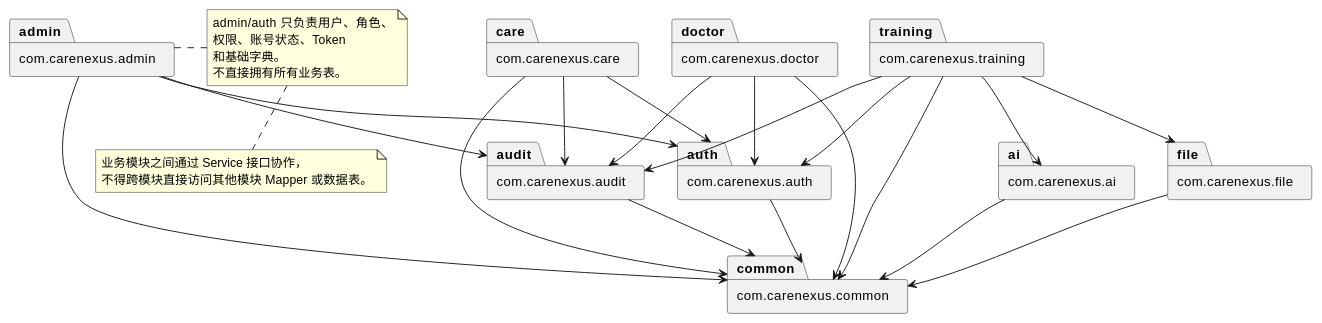
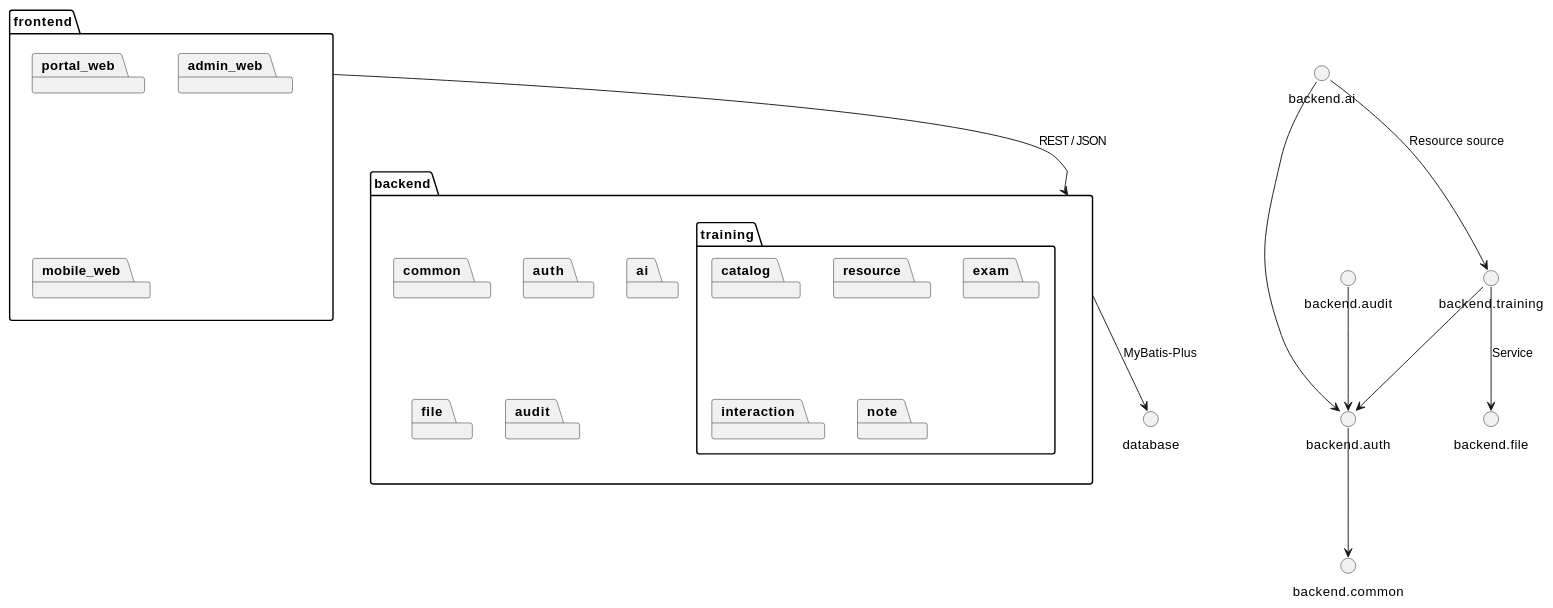
Before and after one commit to thesantaana/Care-Nexus: the second of 11 diagrams in docs/design/系统分析与设计模型.md, drawn with PlantUML. The commit also changed other lines of this file, not shown here.

````diff
--- a/docs/design/系统分析与设计模型.md
+++ b/docs/design/系统分析与设计模型.md
@@ -15,48 +22,33 @@
 ```plantuml
 @startuml
-skinparam packageStyle rectangle
+package frontend {
+  package portal_web
+  package admin_web
+  package mobile_web
+}
 
-package "com.carenexus.common" as common
-package "com.carenexus.auth" as auth
-package "com.carenexus.admin" as admin
-package "com.carenexus.training" as training
-package "com.carenexus.care" as care
-package "com.carenexus.doctor" as doctor
-package "com.carenexus.ai" as ai
-package "com.carenexus.file" as file
-package "com.carenexus.audit" as audit
+package backend {
+  package common
+  package auth
+  package training {
+    package catalog
+    package resource
+    package exam
+    package interaction
+    package note
+  }
+  package ai
+  package file
+  package audit
+}
 
-auth --> common
-admin --> common
-training --> common
-care --> common
-doctor --> common
-ai --> common
-file --> common
-audit --> common
-
-admin --> auth
-training --> auth
-care --> auth
-doctor --> auth
-
-training --> file
-training --> ai
-care --> audit
-training --> audit
-doctor --> audit
-admin --> audit
-
-note right of admin
-admin/auth 只负责用户、角色、
-权限、账号状态、Token
-和基础字典。
-不直接拥有所有业务表。
-end note
-
-note bottom
-业务模块之间通过 Service 接口协作，
-不得跨模块直接访问其他模块 Mapper 或数据表。
-end note
+frontend --> backend : REST / JSON
+backend.auth --> backend.common
+backend.training --> backend.auth
+backend.training --> backend.file : Service
+backend.ai --> backend.training : Resource source
+backend.ai --> backend.auth
+backend.audit --> backend.auth
+backend --> database : MyBatis-Plus
 @enduml
 ```
````
